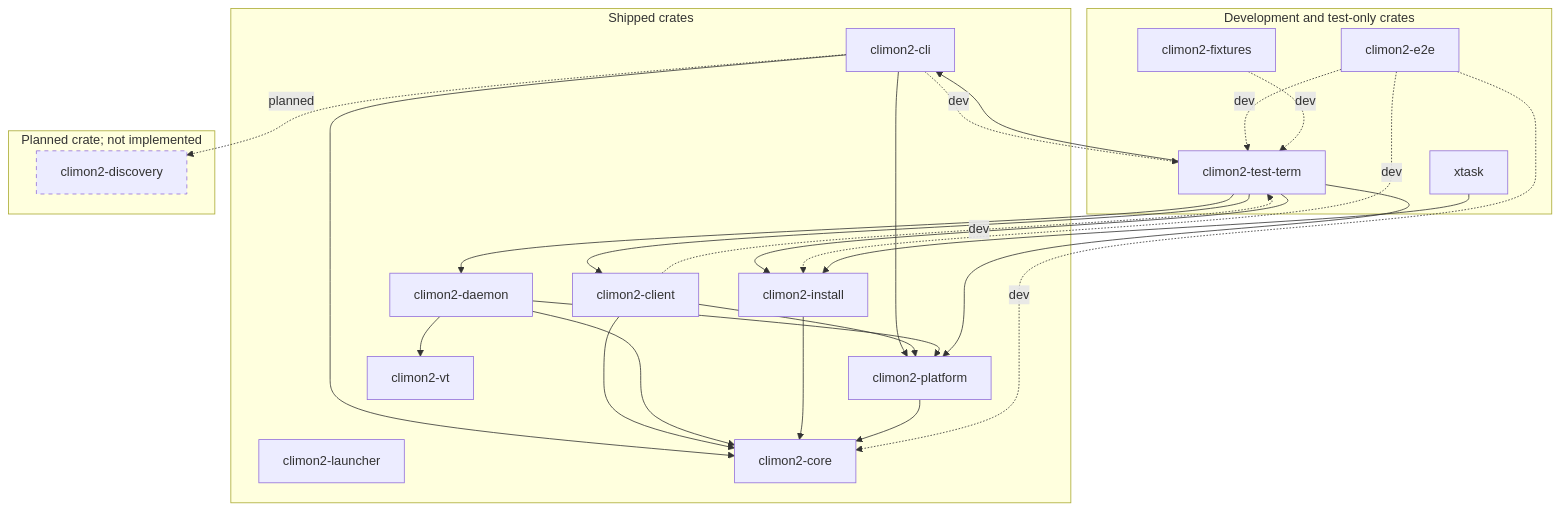
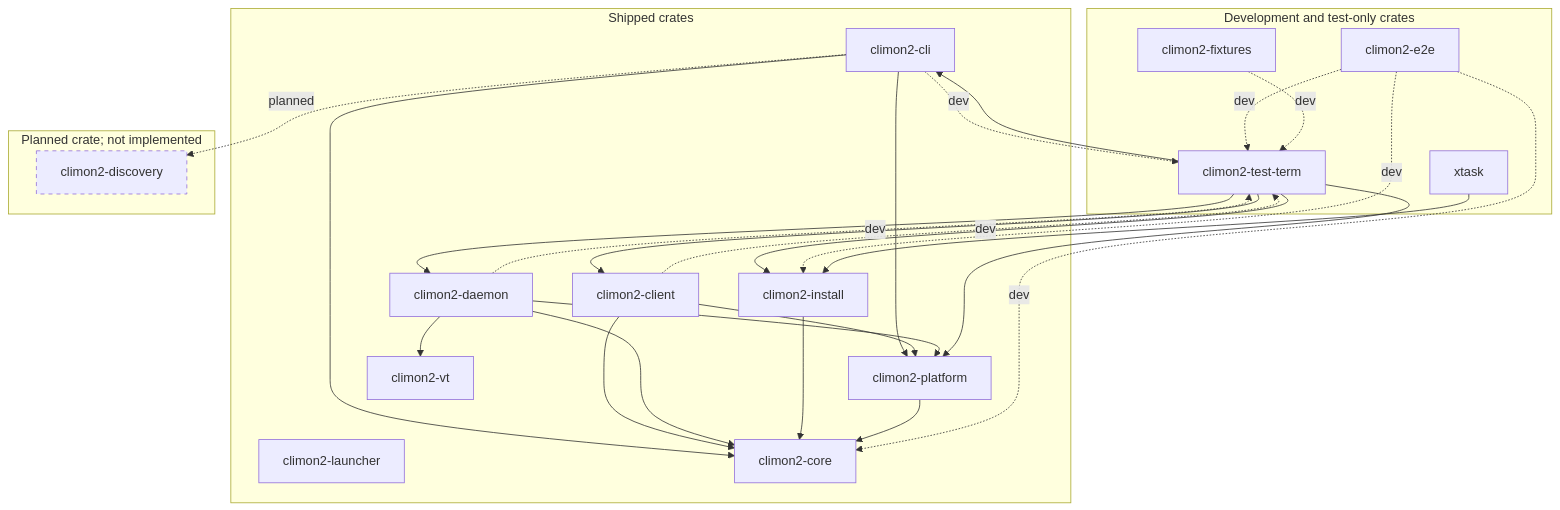
Before and after one commit to jackgeek/climon2: the diagram in docs/crate-relationships.md, drawn with Mermaid. The commit also changed other lines of this file and 5 other files, not shown here.

````diff
--- a/docs/crate-relationships.md
+++ b/docs/crate-relationships.md
@@ -10,49 +10,50 @@
 ```mermaid
 flowchart TB
     subgraph shipped["Shipped crates"]
         launcher["climon2-launcher"]
         cli["climon2-cli"]
         client["climon2-client"]
         daemon["climon2-daemon"]
         install["climon2-install"]
         platform["climon2-platform"]
         core["climon2-core"]
         vt["climon2-vt"]
 
         cli --> core
         cli --> platform
         client --> core
         client --> platform
         daemon --> core
         daemon --> platform
         daemon --> vt
         install --> core
         platform --> core
     end
 
     subgraph development["Development and test-only crates"]
         test_term["climon2-test-term"]
         e2e["climon2-e2e"]
         fixtures["climon2-fixtures"]
         xtask["xtask"]
     end
 
     cli -.->|"dev"| test_term
     client -.->|"dev"| test_term
+    daemon -.->|"dev"| test_term
     test_term --> cli
     test_term --> client
     test_term --> daemon
     test_term --> install
     test_term --> platform
     e2e -.->|"dev"| core
     e2e -.->|"dev"| install
     e2e -.->|"dev"| test_term
     fixtures -.->|"dev"| test_term
     xtask --> install
 
     subgraph planned["Planned crate; not implemented"]
         discovery["climon2-discovery"]
     end
     cli -.->|"planned"| discovery
     style discovery stroke-dasharray: 5 5
 ```
````
